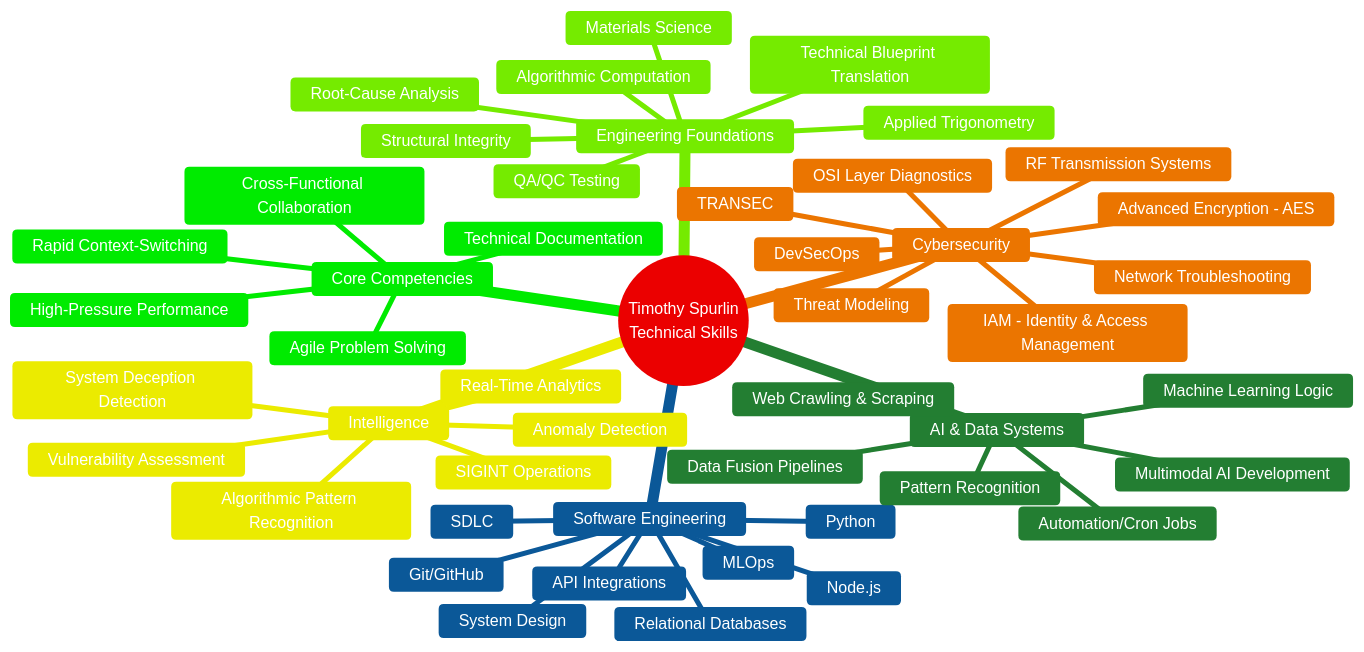
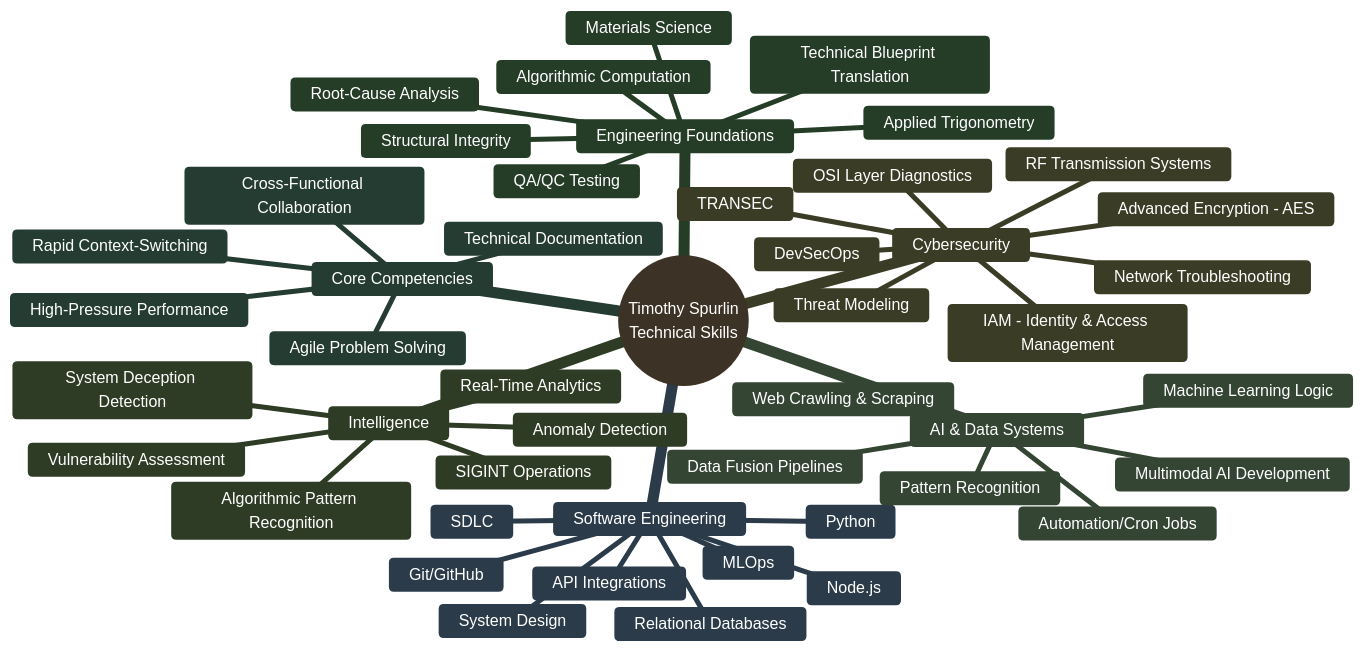
The seventh of 24 diagrams in README.md (Tim-Spurlin/RESUME-of-Timothy-Spurlin), drawn with Mermaid before and after one commit. The commit also changed other lines of this file, not shown here.

Commit message:
Replace bright Mermaid diagram colors with muted professional tones

````diff
--- a/README.md
+++ b/README.md
@@ -312,51 +312,51 @@
 ```mermaid
-%%{init: {'theme':'base', 'themeVariables': { 'primaryColor':'#ff6b6b', 'primaryTextColor':'#fff', 'primaryBorderColor':'#c92a2a', 'lineColor':'#fa5252', 'secondaryColor':'#339af0', 'tertiaryColor':'#51cf66'}}}%%
+%%{init: {'theme':'base', 'themeVariables': { 'primaryColor':'#8B7355', 'primaryTextColor':'#fff', 'primaryBorderColor':'#5D4E37', 'lineColor':'#A0826D', 'secondaryColor':'#5B7C99', 'tertiaryColor':'#6B8E6B'}}}%%
 mindmap
   root((Timothy Spurlin<br/>Technical Skills))
     Software Engineering
       Python
       Node.js
       MLOps
       System Design
       Relational Databases
       API Integrations
       Git/GitHub
       SDLC
     AI & Data Systems
       Multimodal AI Development
       Data Fusion Pipelines
       Web Crawling & Scraping
       Automation/Cron Jobs
       Machine Learning Logic
       Pattern Recognition
     Cybersecurity
       DevSecOps
       Threat Modeling
       IAM - Identity & Access Management
       Advanced Encryption - AES
       TRANSEC
       Network Troubleshooting
       OSI Layer Diagnostics
       RF Transmission Systems
     Intelligence
       Algorithmic Pattern Recognition
       Real-Time Analytics
       System Deception Detection
       Anomaly Detection
       Vulnerability Assessment
       SIGINT Operations
     Engineering Foundations
       Algorithmic Computation
       Applied Trigonometry
       Technical Blueprint Translation
       QA/QC Testing
       Root-Cause Analysis
       Materials Science
       Structural Integrity
     Core Competencies
       Agile Problem Solving
       Cross-Functional Collaboration
       High-Pressure Performance
       Technical Documentation
       Rapid Context-Switching
 ```
````
